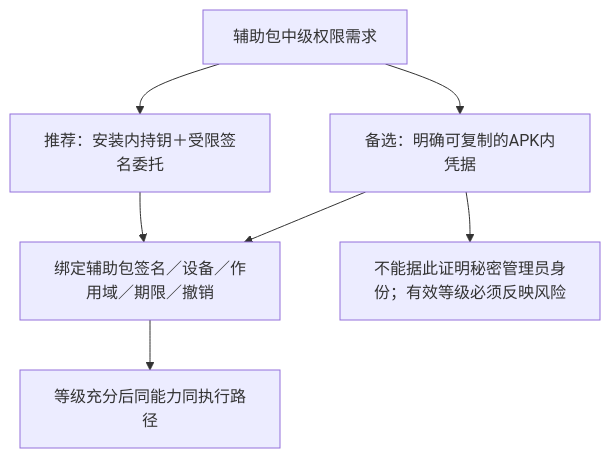
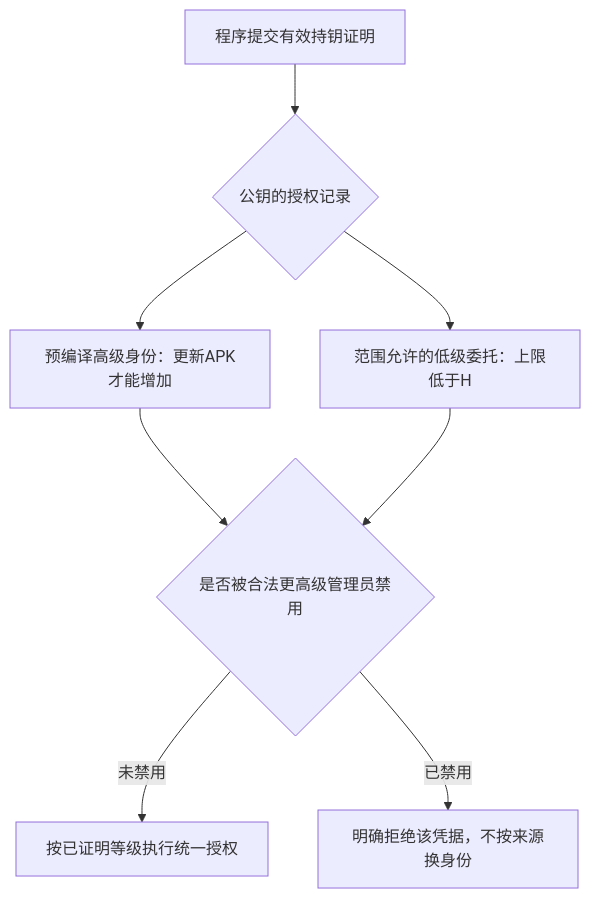
One commit to 13513208952/ReBrowser changed the third of 3 diagrams in planning/geckoview-v2/views/03-entrypoints-and-plugins.md. Above: the diagram before and after it, drawn with Mermaid. The commit also changed other lines of this file and 25 other files, not shown here.

````diff
--- a/planning/geckoview-v2/views/03-entrypoints-and-plugins.md
+++ b/planning/geckoview-v2/views/03-entrypoints-and-plugins.md
@@ -48,9 +48,10 @@
 ```mermaid
 flowchart TD
-  KEY[辅助包中级权限需求] --> A[推荐：安装内持钥＋受限签名委托]
-  KEY --> B[备选：明确可复制的APK内凭据]
-  A --> LIMIT[绑定辅助包签名／设备／作用域／期限／撤销]
-  B --> LIMIT
-  B --> RISK[不能据此证明秘密管理员身份；有效等级必须反映风险]
-  LIMIT --> SAME[等级充分后同能力同执行路径]
+  CLIENT[程序提交有效持钥证明] --> REGISTRY{公钥的授权记录}
+  REGISTRY --> HIGH[预编译高级身份：更新APK才能增加]
+  REGISTRY --> LOW[范围允许的低级委托：上限低于H]
+  HIGH --> ACTIVE{是否被合法更高级管理员禁用}
+  LOW --> ACTIVE
+  ACTIVE -->|未禁用| LEVEL[按已证明等级执行统一授权]
+  ACTIVE -->|已禁用| REJECT[明确拒绝该凭据，不按来源换身份]
 ```
````
